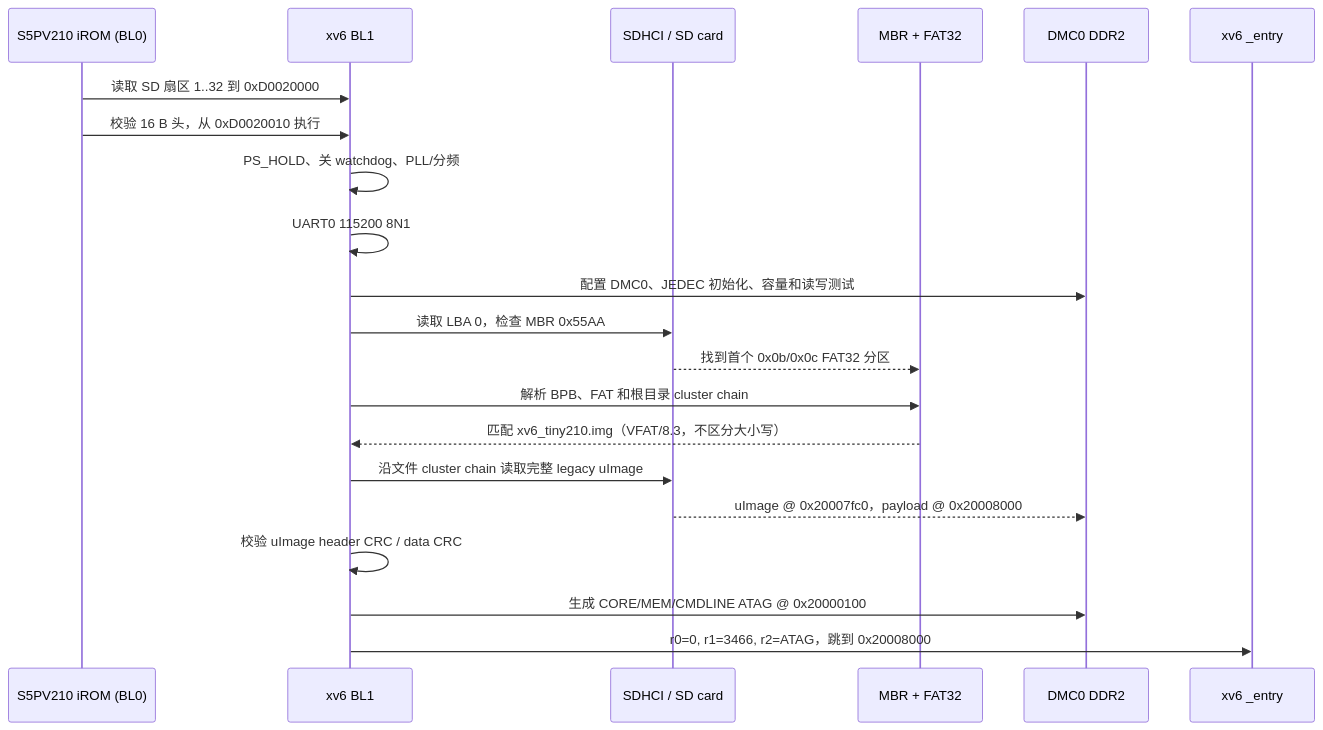
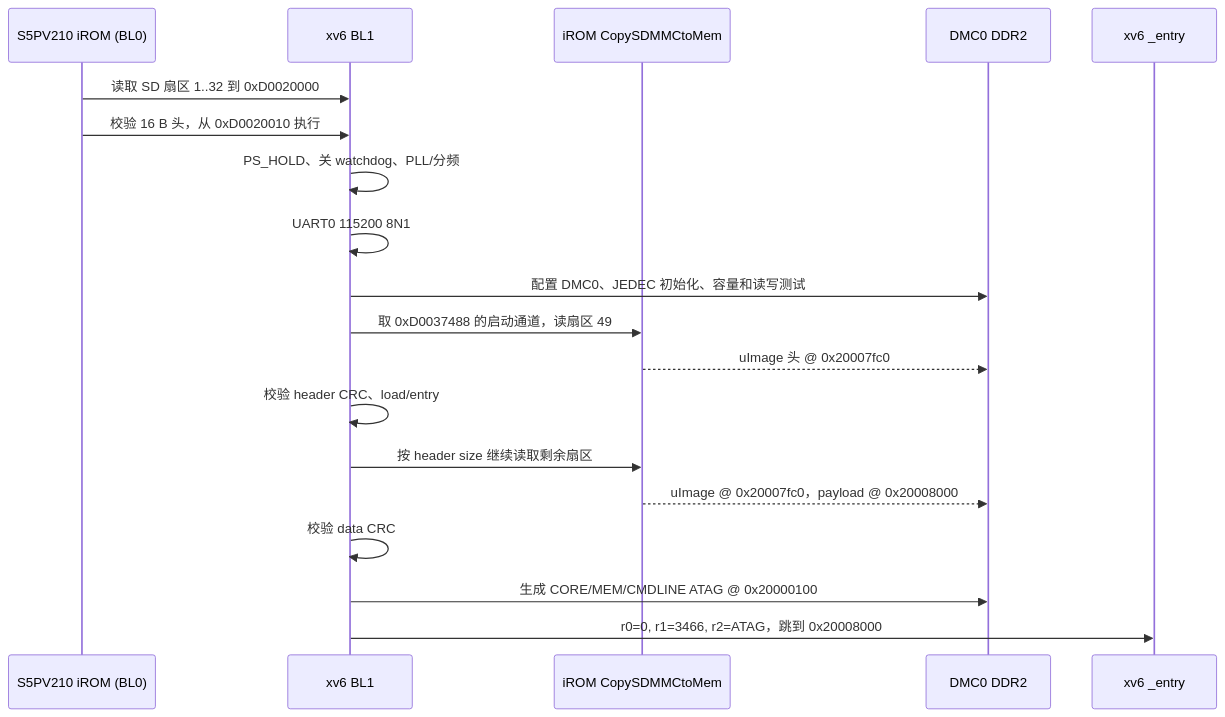
One commit to jimingkang/xv6-aarch64 changed the diagram in doc/readme/tiny210/boot.md. Above: the diagram before and after it, drawn with Mermaid. The commit also changed other lines of this file and 63 other files, not shown here.

````diff
--- a/doc/readme/tiny210/boot.md
+++ b/doc/readme/tiny210/boot.md
@@ -23,24 +24,22 @@
 ```mermaid
 sequenceDiagram
   participant ROM as S5PV210 iROM (BL0)
   participant BL1 as xv6 BL1
-  participant SD as SDHCI / SD card
-  participant FAT as MBR + FAT32
+  participant SD as iROM CopySDMMCtoMem
   participant DDR as DMC0 DDR2
   participant K as xv6 _entry
 
   ROM->>BL1: 读取 SD 扇区 1..32 到 0xD0020000
   ROM->>BL1: 校验 16 B 头，从 0xD0020010 执行
   BL1->>BL1: PS_HOLD、关 watchdog、PLL/分频
   BL1->>BL1: UART0 115200 8N1
   BL1->>DDR: 配置 DMC0、JEDEC 初始化、容量和读写测试
-  BL1->>SD: 读取 LBA 0，检查 MBR 0x55AA
-  SD-->>FAT: 找到首个 0x0b/0x0c FAT32 分区
-  BL1->>FAT: 解析 BPB、FAT 和根目录 cluster chain
-  FAT-->>BL1: 匹配 xv6_tiny210.img（VFAT/8.3，不区分大小写）
-  BL1->>SD: 沿文件 cluster chain 读取完整 legacy uImage
+  BL1->>SD: 取 0xD0037488 的启动通道，读扇区 49
+  SD-->>DDR: uImage 头 @ 0x20007fc0
+  BL1->>BL1: 校验 header CRC、load/entry
+  BL1->>SD: 按 header size 继续读取剩余扇区
   SD-->>DDR: uImage @ 0x20007fc0，payload @ 0x20008000
-  BL1->>BL1: 校验 uImage header CRC / data CRC
+  BL1->>BL1: 校验 data CRC
   BL1->>DDR: 生成 CORE/MEM/CMDLINE ATAG @ 0x20000100
   BL1->>K: r0=0, r1=3466, r2=ATAG，跳到 0x20008000
 ```
````
